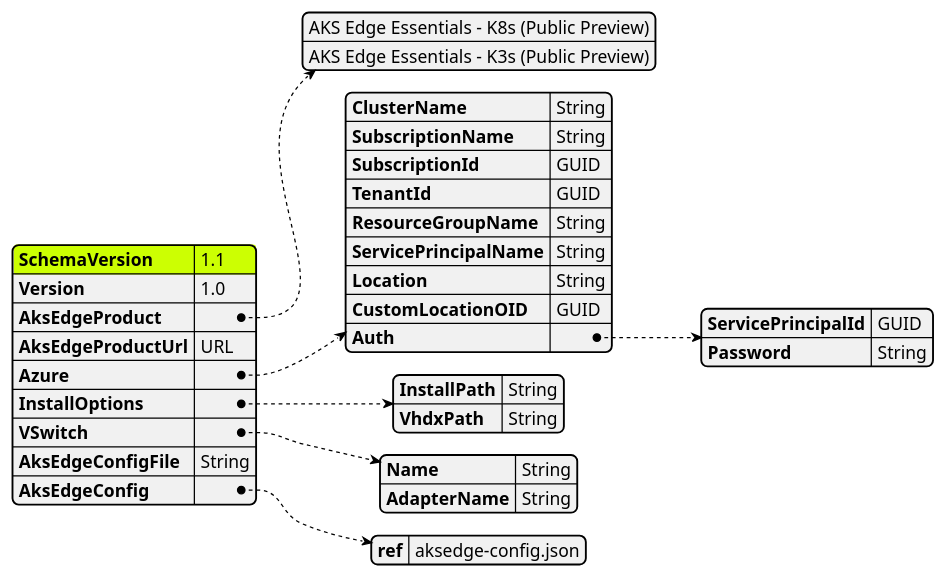
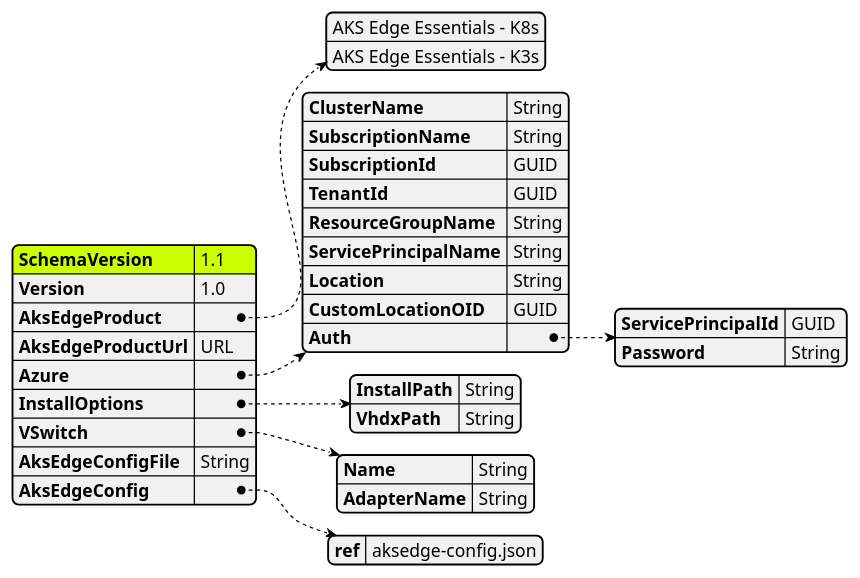
One commit to Azure/AKS-Edge changed the diagram in tools/modules/AksEdgeDeploy/aide-userconfig.puml. Above: the diagram before and after it, drawn with PlantUML. The commit also changed 17 other files, not shown here.

```diff
--- a/tools/modules/AksEdgeDeploy/aide-userconfig.puml
+++ b/tools/modules/AksEdgeDeploy/aide-userconfig.puml
@@ -1,61 +1,61 @@
 @startjson AksEdgeDeploy
 <style>
 jsonDiagram {
     node {
         FontSize 12
         RoundCorner 10
         LineThickness 0.5
         separator {
             LineThickness 0.25
         }
     }
     arrow {
         LineThickness 0.5
         LineStyle 2;6
     }
     highlight {
         BackgroundColor black
         FontColor White
     }
 }
 </style>
 #highlight "SchemaVersion"
 {
     "SchemaVersion":"1.1",
     "Version":"1.0",
     "AksEdgeProduct" : [
-                "AKS Edge Essentials - K8s (Public Preview)",
-                "AKS Edge Essentials - K3s (Public Preview)"
+                "AKS Edge Essentials - K8s",
+                "AKS Edge Essentials - K3s"
             ],
     "AksEdgeProductUrl" : "URL",
     "Azure":{
         "ClusterName":"String",
         "SubscriptionName":"String",
         "SubscriptionId": "GUID",
         "TenantId":"GUID",
         "ResourceGroupName": "String",
         "ServicePrincipalName" : "String",
         "Location" : "String",
         "CustomLocationOID":"GUID",
         "Auth": {
             "ServicePrincipalId" : "GUID",
             "Password" : "String"
         }
     }
     ,
     "InstallOptions":{
         "InstallPath":"String",
         "VhdxPath":"String"
     }
     ,
     "VSwitch": {
         "Name": "String",
         "AdapterName": "String"
     }
     ,
     "AksEdgeConfigFile":"String",
     "AksEdgeConfig":{
         "ref" :"aksedge-config.json"
     }
 }
 @endjson
```
